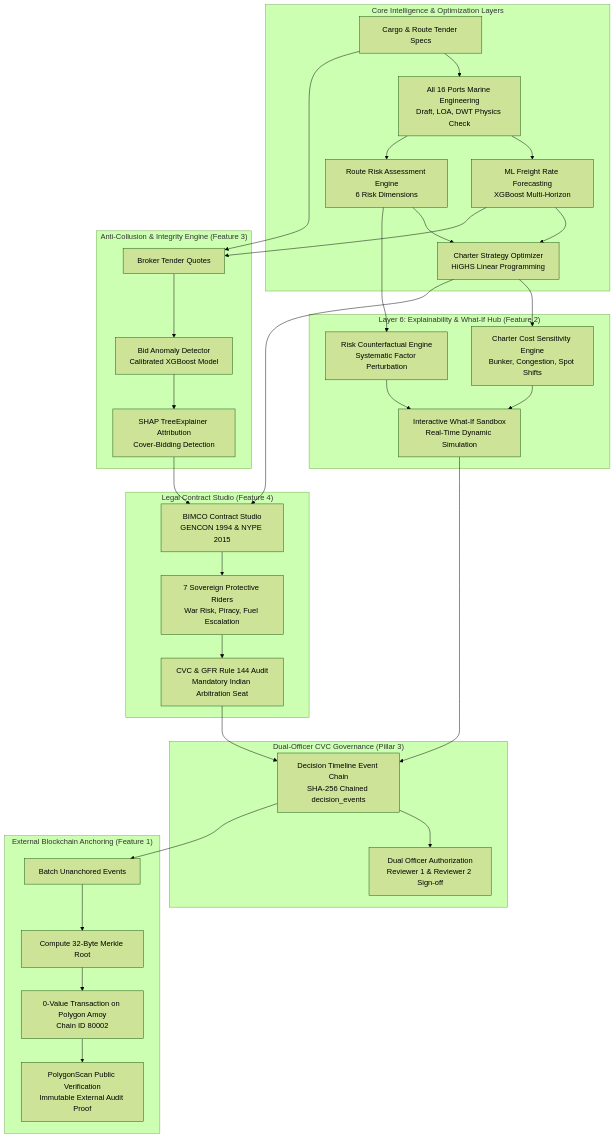
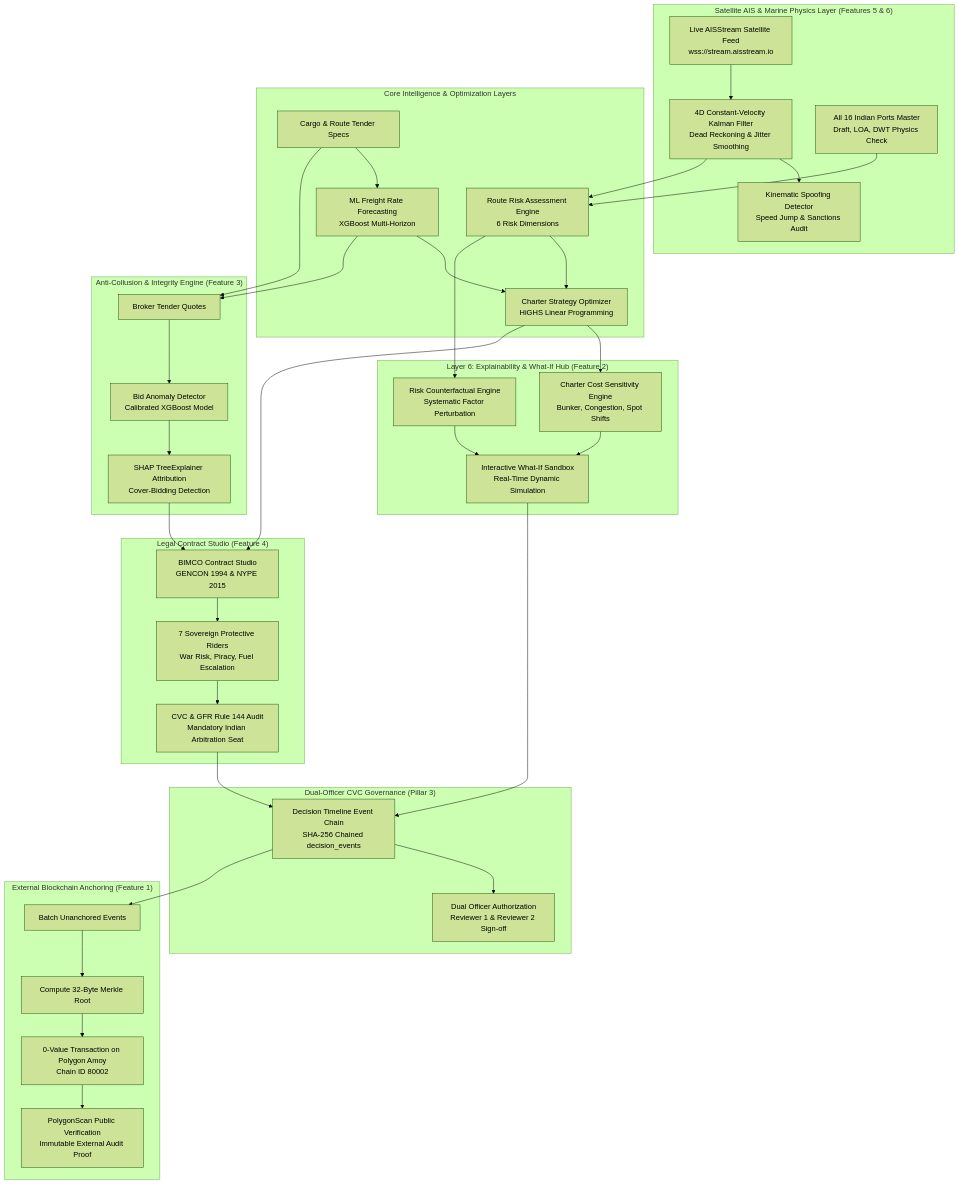
Before and after one commit to Raghav-305/Freight-sih: the first of 2 diagrams in NEW_FEATURES_README.md, drawn with Mermaid (forest theme). The commit also changed other lines of this file and 17 other files, not shown here.

````diff
--- a/NEW_FEATURES_README.md
+++ b/NEW_FEATURES_README.md
@@ -15,40 +16,45 @@
 ```mermaid
 flowchart TD
+    subgraph Telemetry["Satellite AIS & Marine Physics Layer (Features 5 & 6)"]
+        SAT[Live AISStream Satellite Feed\nwss://stream.aisstream.io] --> KF[4D Constant-Velocity Kalman Filter\nDead Reckoning & Jitter Smoothing]
+        KF --> SP[Kinematic Spoofing Detector\nSpeed Jump & Sanctions Audit]
+        P[All 16 Indian Ports Master\nDraft, LOA, DWT Physics Check]
+    end
+
     subgraph Layer1to5["Core Intelligence & Optimization Layers"]
-        A[Cargo & Route Tender Specs] --> P[All 16 Ports Marine Engineering\nDraft, LOA, DWT Physics Check]
-        P --> B[ML Freight Rate Forecasting\nXGBoost Multi-Horizon]
-        P --> C[Route Risk Assessment Engine\n6 Risk Dimensions]
+        A[Cargo & Route Tender Specs] --> B[ML Freight Rate Forecasting\nXGBoost Multi-Horizon]
+        P & KF --> C[Route Risk Assessment Engine\n6 Risk Dimensions]
         B & C --> D[Charter Strategy Optimizer\nHiGHS Linear Programming]
     end
 
     subgraph AntiRigging["Anti-Collusion & Integrity Engine (Feature 3)"]
         A --> T[Broker Tender Quotes]
         B --> T
         T --> U[Bid Anomaly Detector\nCalibrated XGBoost Model]
         U --> V[SHAP TreeExplainer Attribution\nCover-Bidding Detection]
     end
 
     subgraph Layer6["Layer 6: Explainability & What-If Hub (Feature 2)"]
         C --> E[Risk Counterfactual Engine\nSystematic Factor Perturbation]
         D --> F[Charter Cost Sensitivity Engine\nBunker, Congestion, Spot Shifts]
         E & F --> G[Interactive What-If Sandbox\nReal-Time Dynamic Simulation]
     end
 
     subgraph Contracts["Legal Contract Studio (Feature 4)"]
         D & V --> CS[BIMCO Contract Studio\nGENCON 1994 & NYPE 2015]
         CS --> CR[7 Sovereign Protective Riders\nWar Risk, Piracy, Fuel Escalation]
         CR --> CV[CVC & GFR Rule 144 Audit\nMandatory Indian Arbitration Seat]
     end
 
     subgraph Governance["Dual-Officer CVC Governance (Pillar 3)"]
         CV & G --> H[Decision Timeline Event Chain\nSHA-256 Chained decision_events]
         H --> I[Dual Officer Authorization\nReviewer 1 & Reviewer 2 Sign-off]
     end
 
     subgraph Blockchain["External Blockchain Anchoring (Feature 1)"]
         H --> J[Batch Unanchored Events]
         J --> K[Compute 32-Byte Merkle Root]
         K --> L[0-Value Transaction on Polygon Amoy\nChain ID 80002]
         L --> M[PolygonScan Public Verification\nImmutable External Audit Proof]
     end
 ```
````
